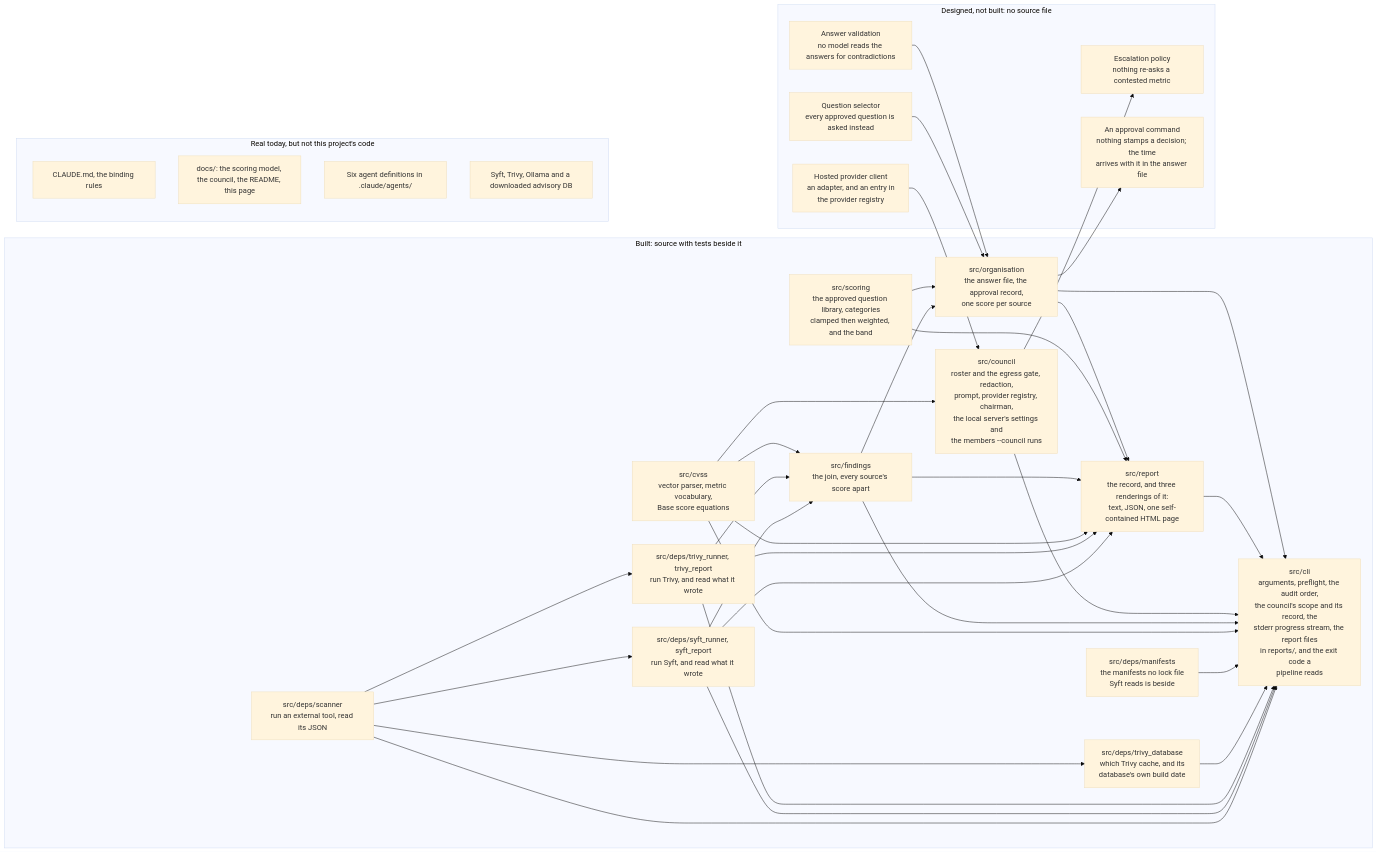
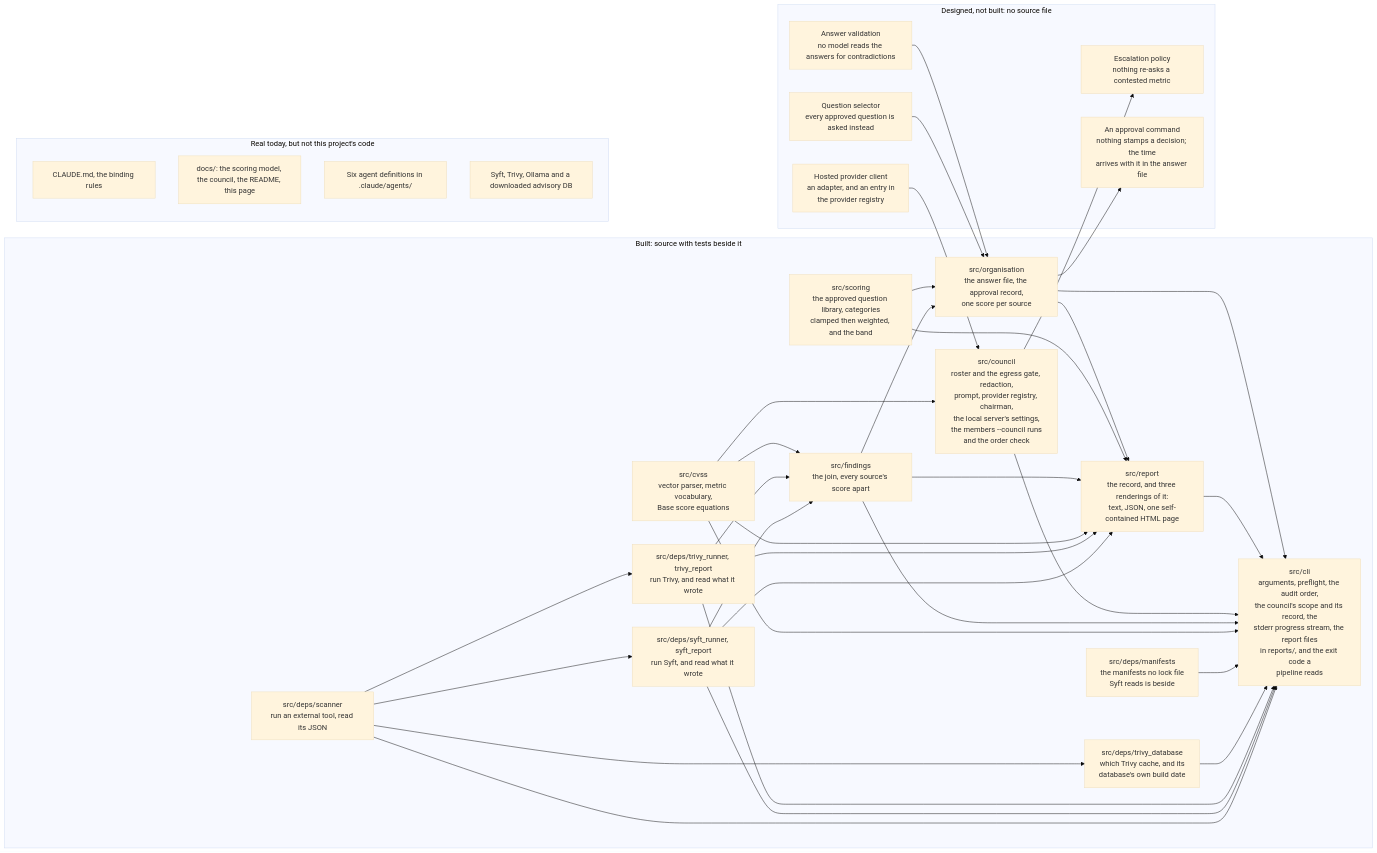
The fifth of 5 diagrams in docs/diagrams.md (heinthtnaung/AgenticLLMAppAuditor), drawn with Mermaid (base theme) before and after one commit. The commit also changed other lines of this file and 40 other files, not shown here.

````diff
--- a/docs/diagrams.md
+++ b/docs/diagrams.md
@@ -494,63 +504,63 @@
 ```mermaid
 flowchart LR
     subgraph BUILT["Built: source with tests beside it"]
         b0["src/deps/scanner<br/>run an external tool, read its JSON"]
         b1["src/deps/syft_runner, syft_report<br/>run Syft, and read what it wrote"]
         b2["src/deps/trivy_runner, trivy_report<br/>run Trivy, and read what it wrote"]
         b3["src/deps/trivy_database<br/>which Trivy cache, and its<br/>database's own build date"]
         b11["src/deps/manifests<br/>the manifests no lock file<br/>Syft reads is beside"]
         b4["src/cvss<br/>vector parser, metric vocabulary,<br/>Base score equations"]
         b5["src/findings<br/>the join, every source's score apart"]
-        b7["src/council<br/>roster and the egress gate, redaction,<br/>prompt, provider registry, chairman,<br/>the local server's settings and<br/>the members --council runs"]
+        b7["src/council<br/>roster and the egress gate, redaction,<br/>prompt, provider registry, chairman,<br/>the local server's settings,<br/>the members --council runs<br/>and the order check"]
         b8["src/report<br/>the record, and three renderings of it:<br/>text, JSON, one self-contained HTML page"]
         b9["src/cli<br/>arguments, preflight, the audit order,<br/>the council's scope and its record, the<br/>stderr progress stream, the report files<br/>in reports/, and the exit code a<br/>pipeline reads"]
         b6["src/scoring<br/>the approved question library, categories<br/>clamped then weighted, and the band"]
         b10["src/organisation<br/>the answer file, the approval record,<br/>one score per source"]
         b0 --> b1
         b0 --> b2
         b0 --> b3
         b0 --> b9
         b1 --> b5
         b1 --> b8
         b1 --> b9
         b2 --> b5
         b2 --> b8
         b2 --> b9
         b3 --> b9
         b11 --> b9
         b4 --> b5
         b4 --> b7
         b4 --> b8
         b4 --> b9
         b5 --> b8
         b5 --> b9
         b5 --> b10
         b6 --> b8
         b6 --> b10
         b7 --> b9
         b8 --> b9
         b10 --> b8
         b10 --> b9
     end
 
     subgraph UNBUILT["Designed, not built: no source file"]
         d2["Question selector<br/>every approved question is asked instead"]
         d3["Answer validation<br/>no model reads the answers for contradictions"]
         d6["Hosted provider client<br/>an adapter, and an entry in<br/>the provider registry"]
         d11["Escalation policy<br/>nothing re-asks a contested metric"]
         d12["An approval command<br/>nothing stamps a decision; the time<br/>arrives with it in the answer file"]
     end
 
     d6 --> b7
     b7 --> d11
     d2 --> b10
     d3 --> b10
     b10 --> d12
 
     subgraph REAL["Real today, but not this project's code"]
         x1["CLAUDE.md, the binding rules"]
         x2["docs/: the scoring model, the council, the README, this page"]
         x3["Six agent definitions in .claude/agents/"]
         x4["Syft, Trivy, Ollama and a downloaded advisory DB"]
     end
 ```
````
